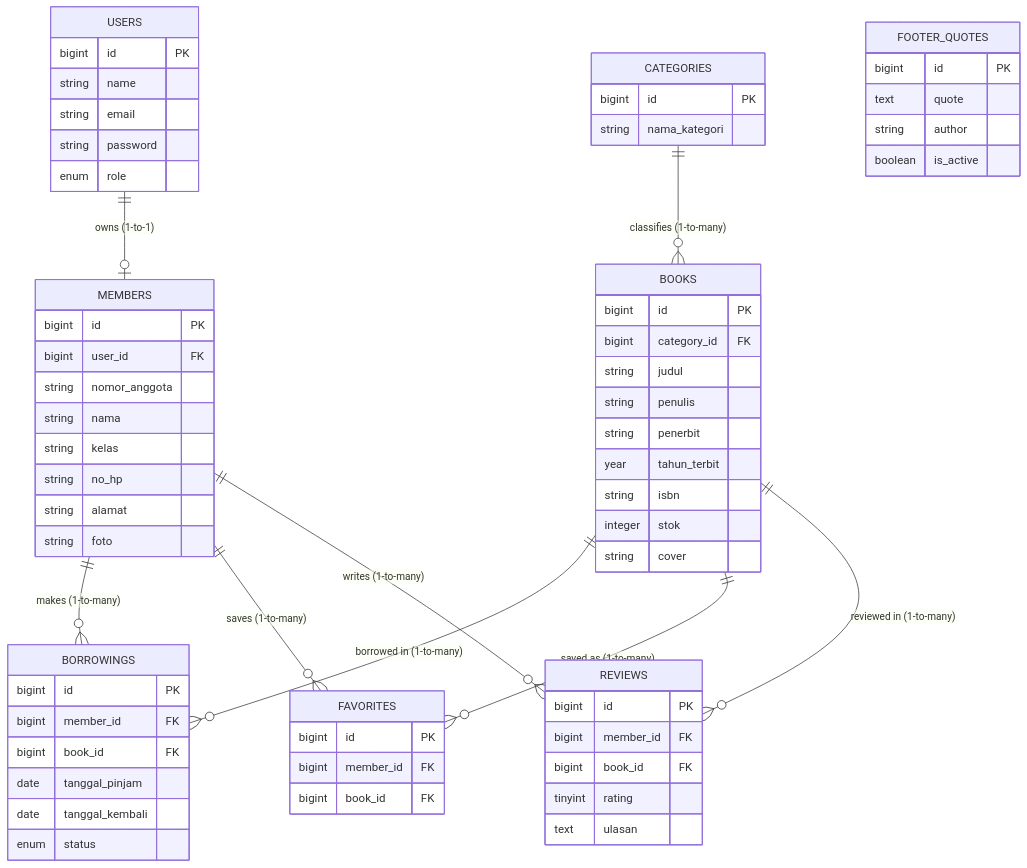
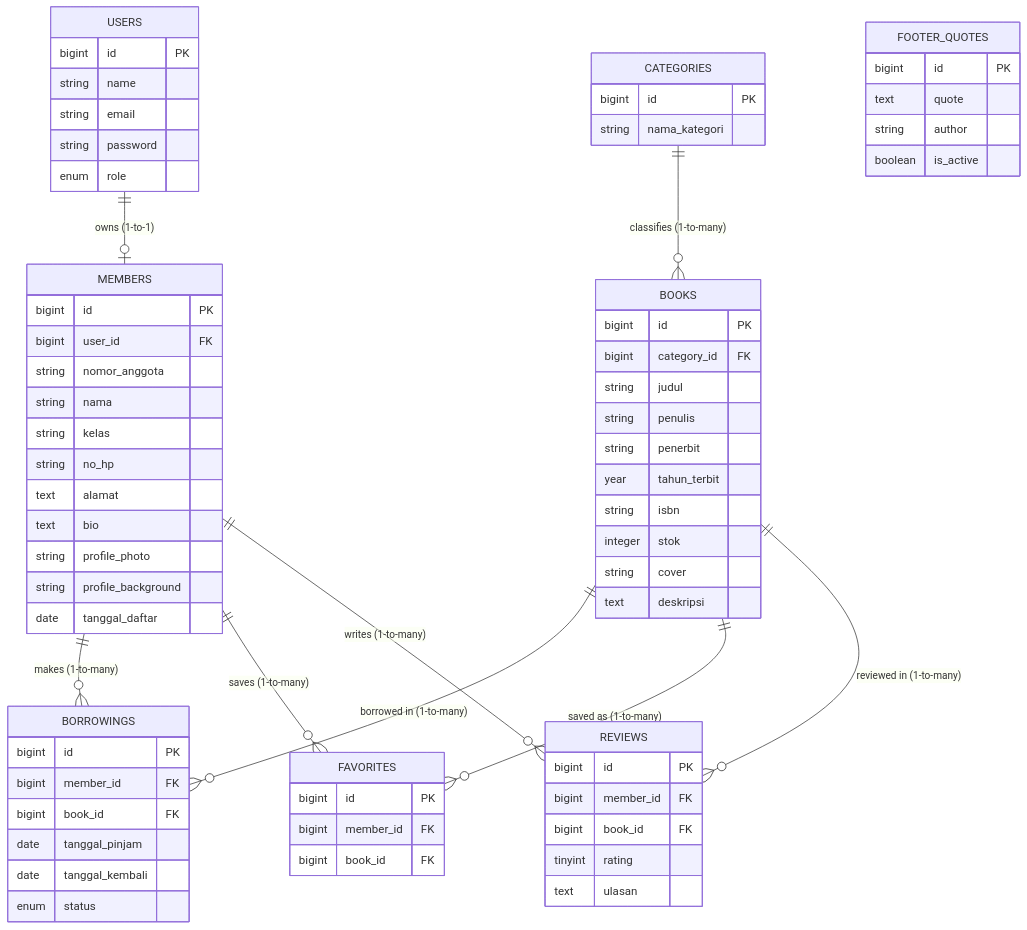
The diagram in README.md (Bianca3020/RuangDegup), drawn with Mermaid before and after one commit. The commit also changed other lines of this file and 19 other files, not shown here.

````diff
--- a/README.md
+++ b/README.md
@@ -93,77 +93,81 @@
 ```mermaid
 erDiagram
     USERS ||--o| MEMBERS : "owns (1-to-1)"
     CATEGORIES ||--o{ BOOKS : "classifies (1-to-many)"
     BOOKS ||--o{ BORROWINGS : "borrowed in (1-to-many)"
     MEMBERS ||--o{ BORROWINGS : "makes (1-to-many)"
     MEMBERS ||--o{ FAVORITES : "saves (1-to-many)"
     BOOKS ||--o{ FAVORITES : "saved as (1-to-many)"
     MEMBERS ||--o{ REVIEWS : "writes (1-to-many)"
     BOOKS ||--o{ REVIEWS : "reviewed in (1-to-many)"
 
     CATEGORIES {
         bigint id PK
         string nama_kategori
     }
 
     USERS {
         bigint id PK
         string name
         string email
         string password
         enum role
     }
 
     BOOKS {
         bigint id PK
         bigint category_id FK
         string judul
         string penulis
         string penerbit
         year tahun_terbit
         string isbn
         integer stok
         string cover
+        text deskripsi
     }
 
     MEMBERS {
         bigint id PK
         bigint user_id FK
         string nomor_anggota
         string nama
         string kelas
         string no_hp
-        string alamat
-        string foto
+        text alamat
+        text bio
+        string profile_photo
+        string profile_background
+        date tanggal_daftar
     }
 
     BORROWINGS {
         bigint id PK
         bigint member_id FK
         bigint book_id FK
         date tanggal_pinjam
         date tanggal_kembali
         enum status
     }
 
     FAVORITES {
         bigint id PK
         bigint member_id FK
         bigint book_id FK
     }
 
     REVIEWS {
         bigint id PK
         bigint member_id FK
         bigint book_id FK
         tinyint rating
         text ulasan
     }
 
     FOOTER_QUOTES {
         bigint id PK
         text quote
         string author
         boolean is_active
     }
 ```
````
